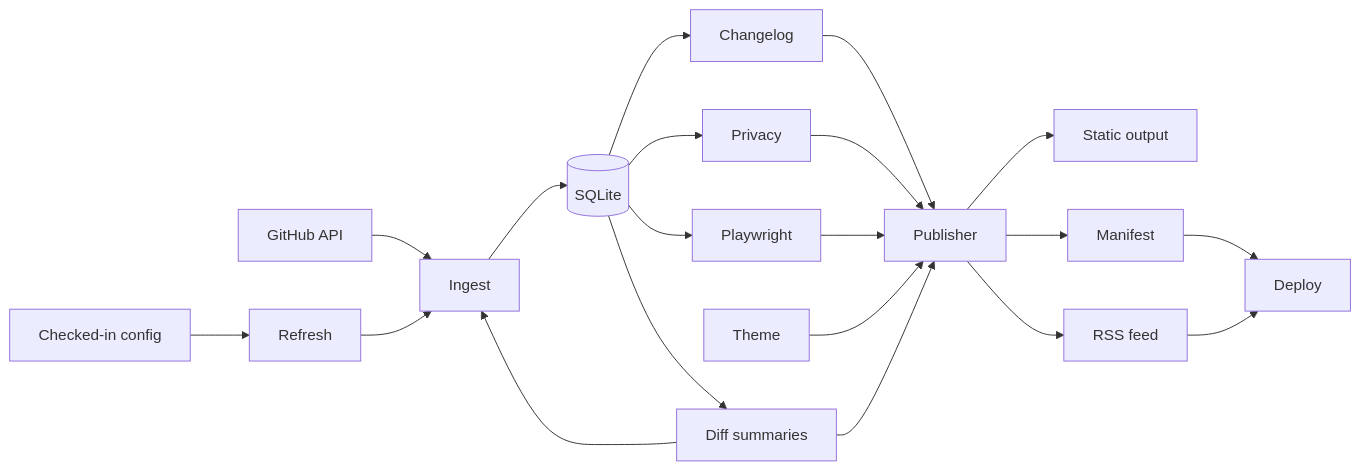
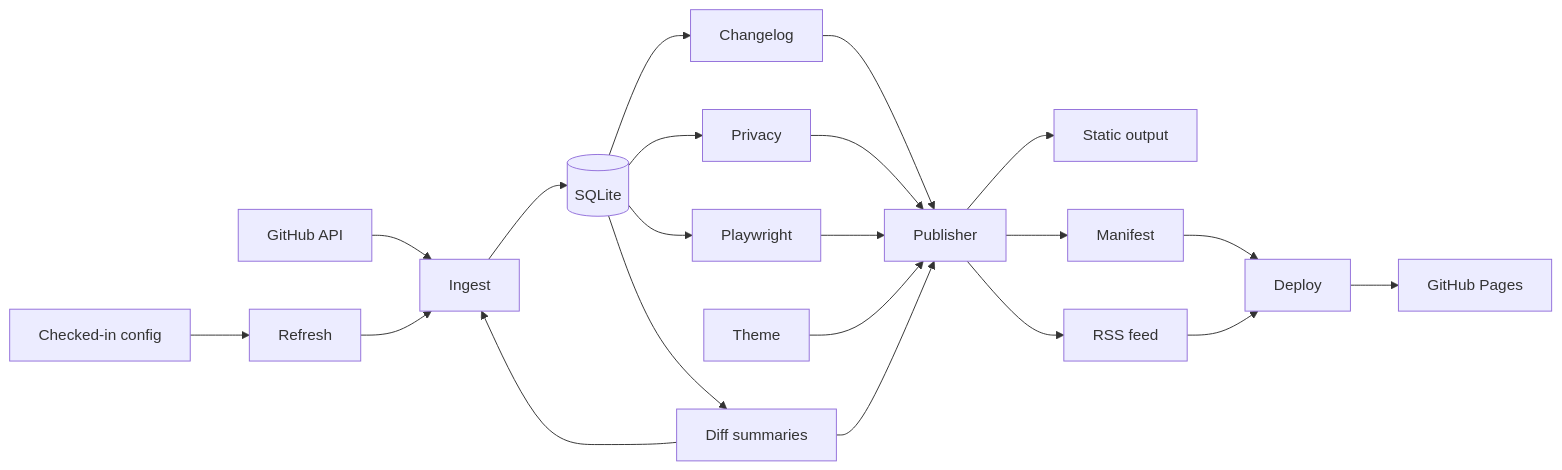
Before and after one commit to DanielCuevas1208/engineer-profile: the diagram in README.md, drawn with Mermaid. The commit also changed other lines of this file and 14 other files, not shown here.

````diff
--- a/README.md
+++ b/README.md
@@ -30,22 +32,23 @@
 ```mermaid
 flowchart LR
   C[Checked-in config] --> R[Refresh]
   G[GitHub API] --> I[Ingest]
   F[Fixtures] --> I
   R --> I
   I --> D[(SQLite)]
   D --> L[Changelog]
   D --> P[Privacy]
   D --> S[Playwright]
   L --> W[Publisher]
   P --> W
   S --> W
   W --> O[Static output]
   T[Theme] --> W
   D --> F[Diff summaries]
   F --> W
   W --> M[Manifest]
   W --> X[RSS feed]
   M --> K[Deploy]
   X --> K
+  K --> H[GitHub Pages]
 ```
````
